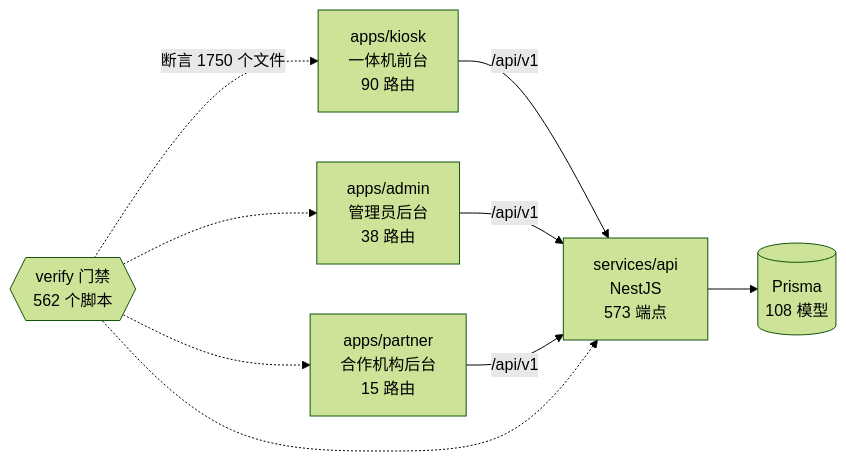
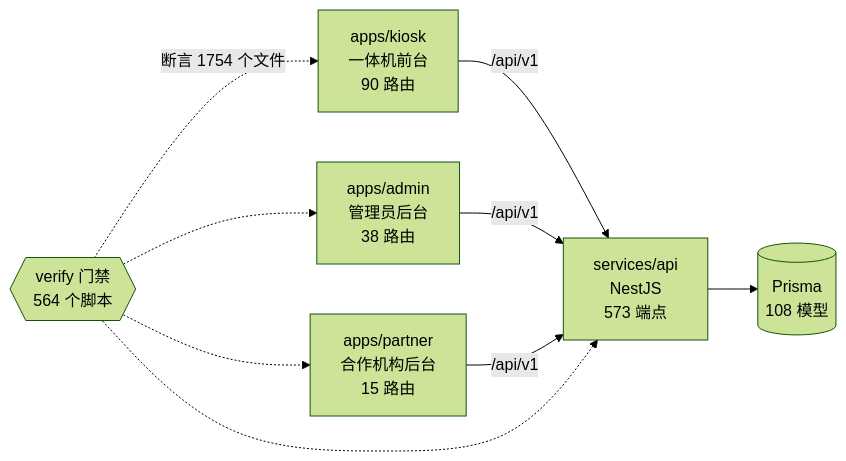
Before and after one commit to wanglei581/YITIJI: the diagram in docs/graph/README.md, drawn with Mermaid (forest theme). The commit also changed other lines of this file and 2 other files, not shown here.

Commit message:
chore(graph): 第四批合入后重生图谱

````diff
--- a/docs/graph/README.md
+++ b/docs/graph/README.md
@@ -68,18 +68,18 @@
 ```mermaid
 flowchart LR
   kiosk["apps/kiosk<br/>一体机前台<br/>90 路由"]
   admin["apps/admin<br/>管理员后台<br/>38 路由"]
   partner["apps/partner<br/>合作机构后台<br/>15 路由"]
   api["services/api<br/>NestJS<br/>573 端点"]
   db[("Prisma<br/>108 模型")]
-  gates{{"verify 门禁<br/>562 个脚本"}}
+  gates{{"verify 门禁<br/>564 个脚本"}}
 
   kiosk -->|"/api/v1"| api
   admin -->|"/api/v1"| api
   partner -->|"/api/v1"| api
   api --> db
-  gates -.->|"断言 1750 个文件"| kiosk
+  gates -.->|"断言 1754 个文件"| kiosk
   gates -.-> admin
   gates -.-> partner
   gates -.-> api
 ```
````
